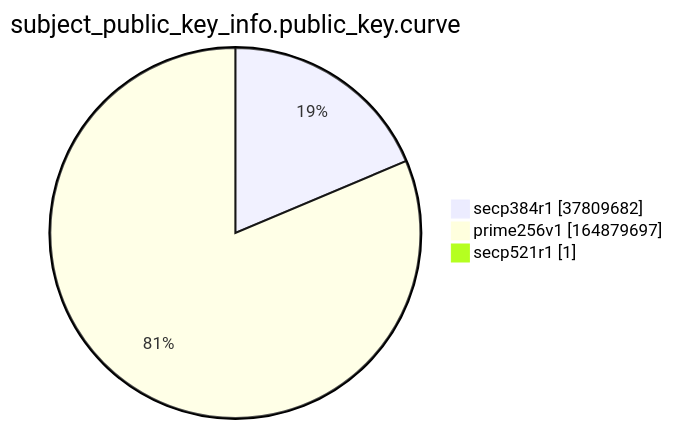
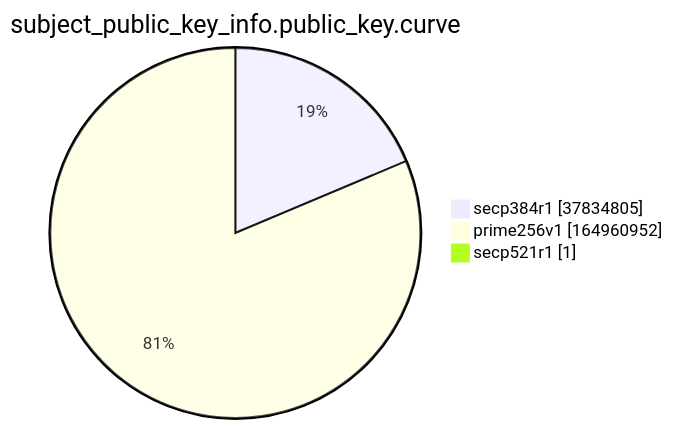
Before and after one commit to christiankrug/ctmonitor_visualization: the ninth of 15 diagrams in argon2022/README.md, drawn with Mermaid. The commit also changed other lines of this file, not shown here.

````diff
--- a/argon2022/README.md
+++ b/argon2022/README.md
@@ -2766,7 +2766,7 @@
 ```mermaid
 pie showData
 title subject_public_key_info.public_key.curve
-"secp384r1" :37809682
-"prime256v1" :164879697
+"secp384r1" :37834805
+"prime256v1" :164960952
 "secp521r1" :1
 ```
````
